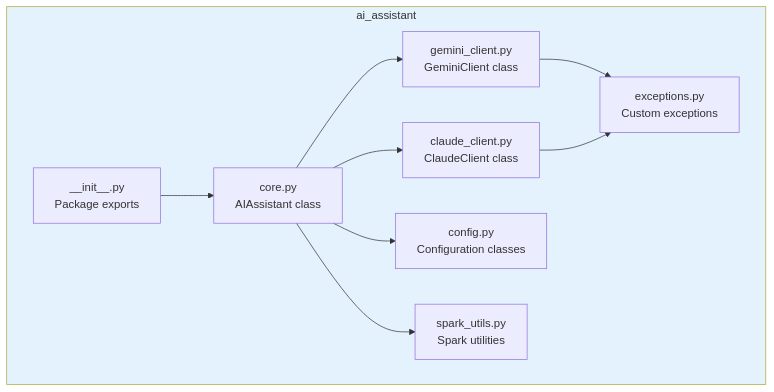
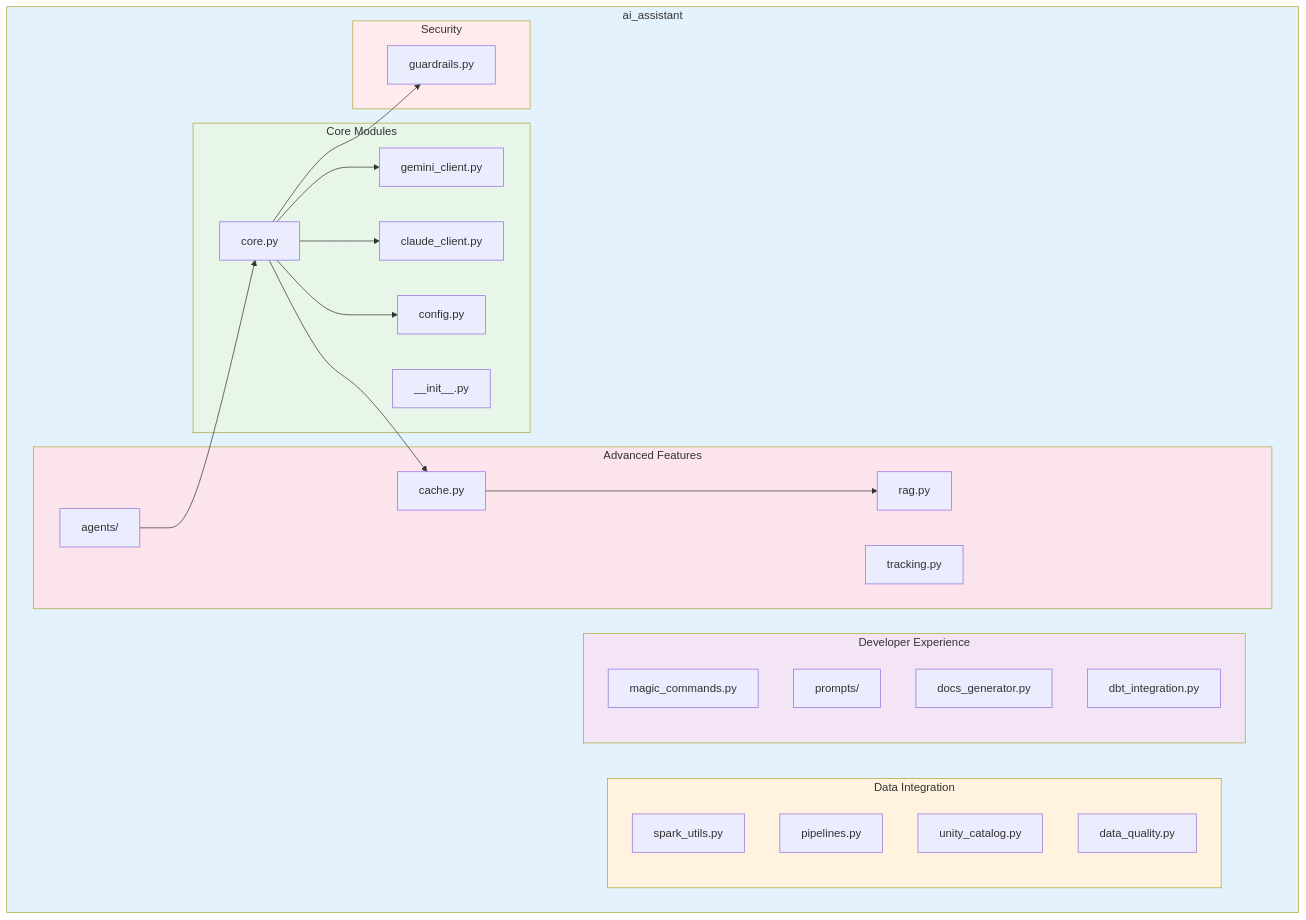
Diagram 11 of 31 in README.md (gustcol/gemini-claude-databricks), drawn with Mermaid before and after one commit. The commit also changed other lines of this file and 24 other files, not shown here.

````diff
--- a/README.md
+++ b/README.md
@@ -430,22 +481,52 @@
 ```mermaid
 graph TB
     subgraph Package["ai_assistant"]
-        Init["__init__.py<br/>Package exports"]
-        Core["core.py<br/>AIAssistant class"]
-        Gemini["gemini_client.py<br/>GeminiClient class"]
-        Claude["claude_client.py<br/>ClaudeClient class"]
-        Config["config.py<br/>Configuration classes"]
-        Exceptions["exceptions.py<br/>Custom exceptions"]
-        Spark["spark_utils.py<br/>Spark utilities"]
+        subgraph Core["Core Modules"]
+            Init["__init__.py"]
+            CoreMod["core.py"]
+            Gemini["gemini_client.py"]
+            Claude["claude_client.py"]
+            Config["config.py"]
+        end
+
+        subgraph Data["Data Integration"]
+            Spark["spark_utils.py"]
+            Pipelines["pipelines.py"]
+            UC["unity_catalog.py"]
+            DQ["data_quality.py"]
+        end
+
+        subgraph Advanced["Advanced Features"]
+            Cache["cache.py"]
+            RAG["rag.py"]
+            Agents["agents/"]
+            Track["tracking.py"]
+        end
+
+        subgraph DevEx["Developer Experience"]
+            Magic["magic_commands.py"]
+            Prompts["prompts/"]
+            Docs["docs_generator.py"]
+            DBT["dbt_integration.py"]
+        end
+
+        subgraph Security["Security"]
+            Guards["guardrails.py"]
+        end
     end
 
-    Init --> Core
-    Core --> Gemini
-    Core --> Claude
-    Core --> Config
-    Gemini --> Exceptions
-    Claude --> Exceptions
-    Core --> Spark
+    CoreMod --> Gemini
+    CoreMod --> Claude
+    CoreMod --> Config
+    CoreMod --> Cache
+    CoreMod --> Guards
+    Cache --> RAG
+    Agents --> CoreMod
 
     style Package fill:#e3f2fd
+    style Core fill:#e8f5e9
+    style Data fill:#fff3e0
+    style Advanced fill:#fce4ec
+    style DevEx fill:#f3e5f5
+    style Security fill:#ffebee
 ```
````
